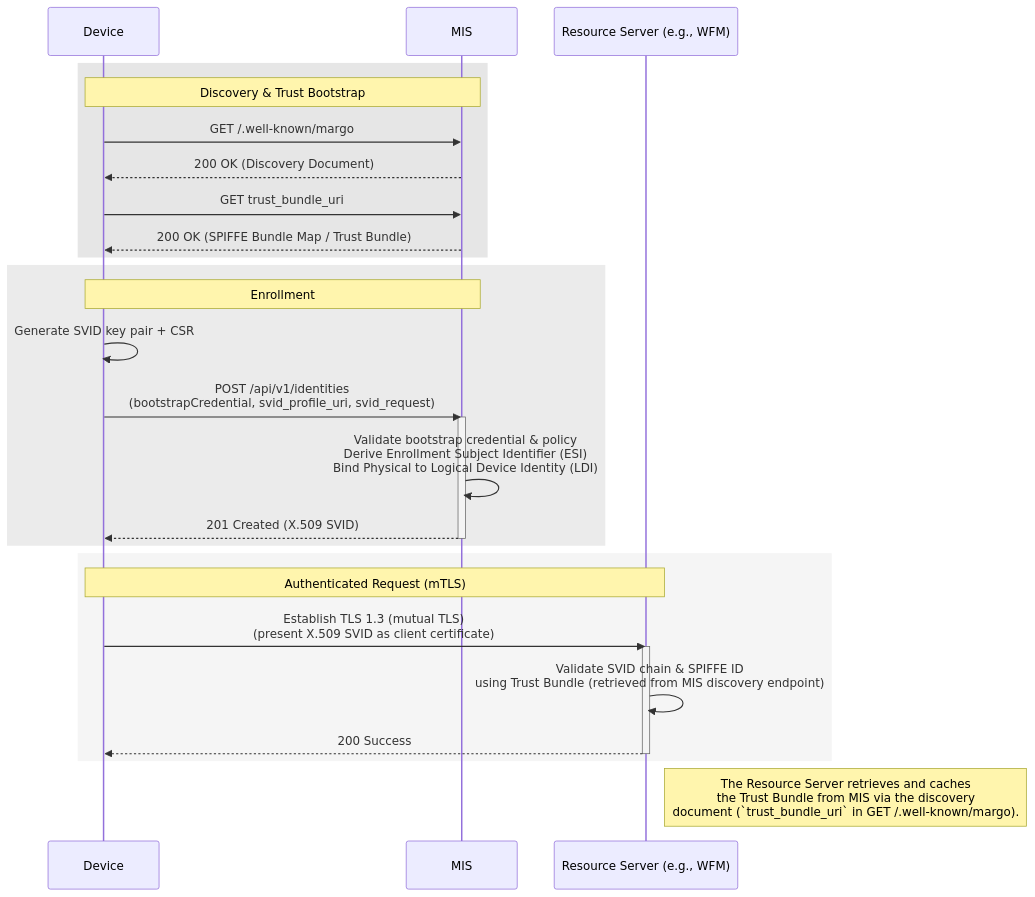
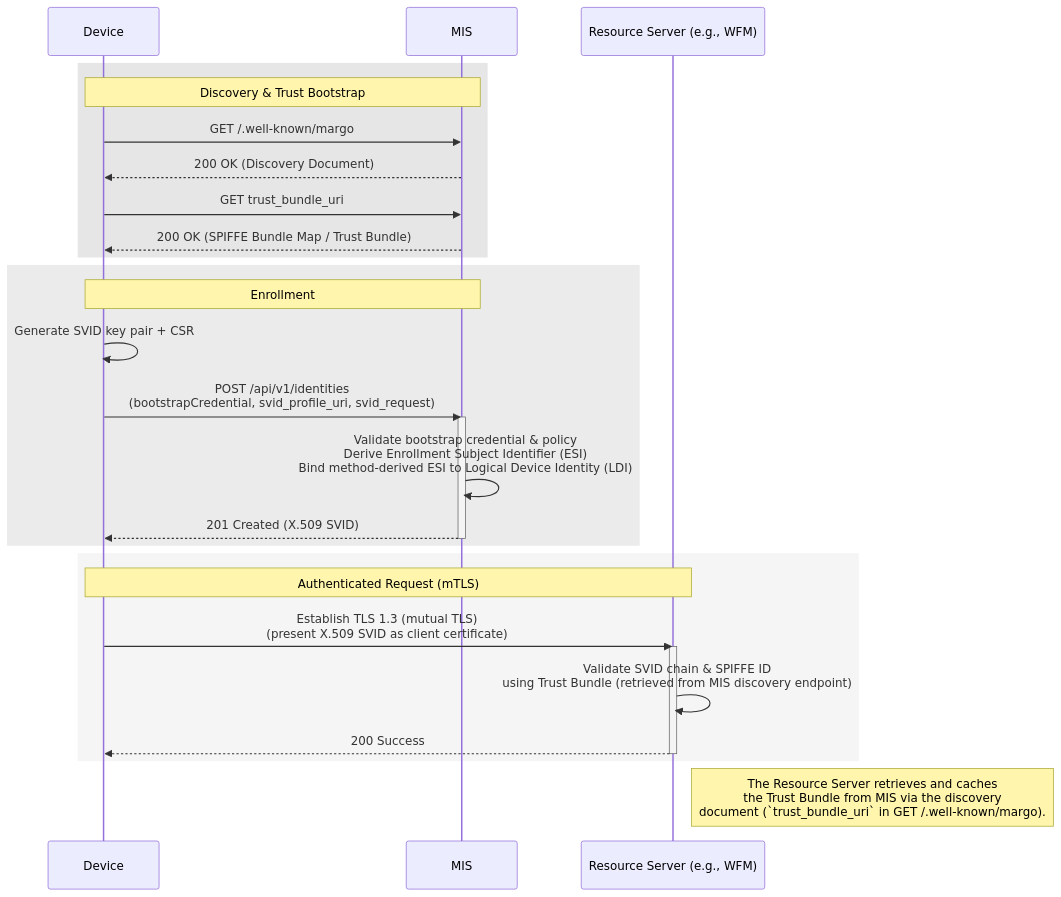
One commit to margo/specification-enhancements changed the first of 8 diagrams in proposals/margo-identity-and-authorization-framework.md. Above: the diagram before and after it, drawn with Mermaid. The commit also changed other lines of this file, not shown here.

First line of the commit message:
docs: add enrollment-token bootstrap method and align core model

````diff
--- a/proposals/margo-identity-and-authorization-framework.md
+++ b/proposals/margo-identity-and-authorization-framework.md
@@ -1486,35 +1534,35 @@
 ```mermaid
 sequenceDiagram
     participant Device
     participant MIS
     participant RS as Resource Server (e.g., WFM)
 
     rect rgb(230,230,230)
         note over Device,MIS: Discovery & Trust Bootstrap
         Device->>MIS: GET /.well-known/margo
         MIS-->>Device: 200 OK (Discovery Document)
         Device->>MIS: GET trust_bundle_uri
         MIS-->>Device: 200 OK (SPIFFE Bundle Map / Trust Bundle)
     end
 
     rect rgb(235,235,235)
         note over Device,MIS: Enrollment
         Device->>Device: Generate SVID key pair + CSR
         Device->>MIS: POST /api/v1/identities<br/>(bootstrapCredential, svid_profile_uri, svid_request)
         activate MIS
-        MIS->>MIS: Validate bootstrap credential & policy<br/>Derive Enrollment Subject Identifier (ESI)<br/>Bind Physical to Logical Device Identity (LDI)
+      MIS->>MIS: Validate bootstrap credential & policy<br/>Derive Enrollment Subject Identifier (ESI)<br/>Bind method-derived ESI to Logical Device Identity (LDI)
         MIS-->>Device: 201 Created (X.509 SVID)
         deactivate MIS
     end
 
     rect rgb(245,245,245)
         note over Device,RS: Authenticated Request (mTLS)
         Device->>RS: Establish TLS 1.3 (mutual TLS)<br/>(present X.509 SVID as client certificate)
         activate RS
         RS->>RS: Validate SVID chain & SPIFFE ID<br/>using Trust Bundle (retrieved from MIS discovery endpoint)
         RS-->>Device: 200 Success
         deactivate RS
     end
 
     note right of RS: The Resource Server retrieves and caches<br/>the Trust Bundle from MIS via the discovery<br/>document (`trust_bundle_uri` in GET /.well-known/margo).
 ```
````
